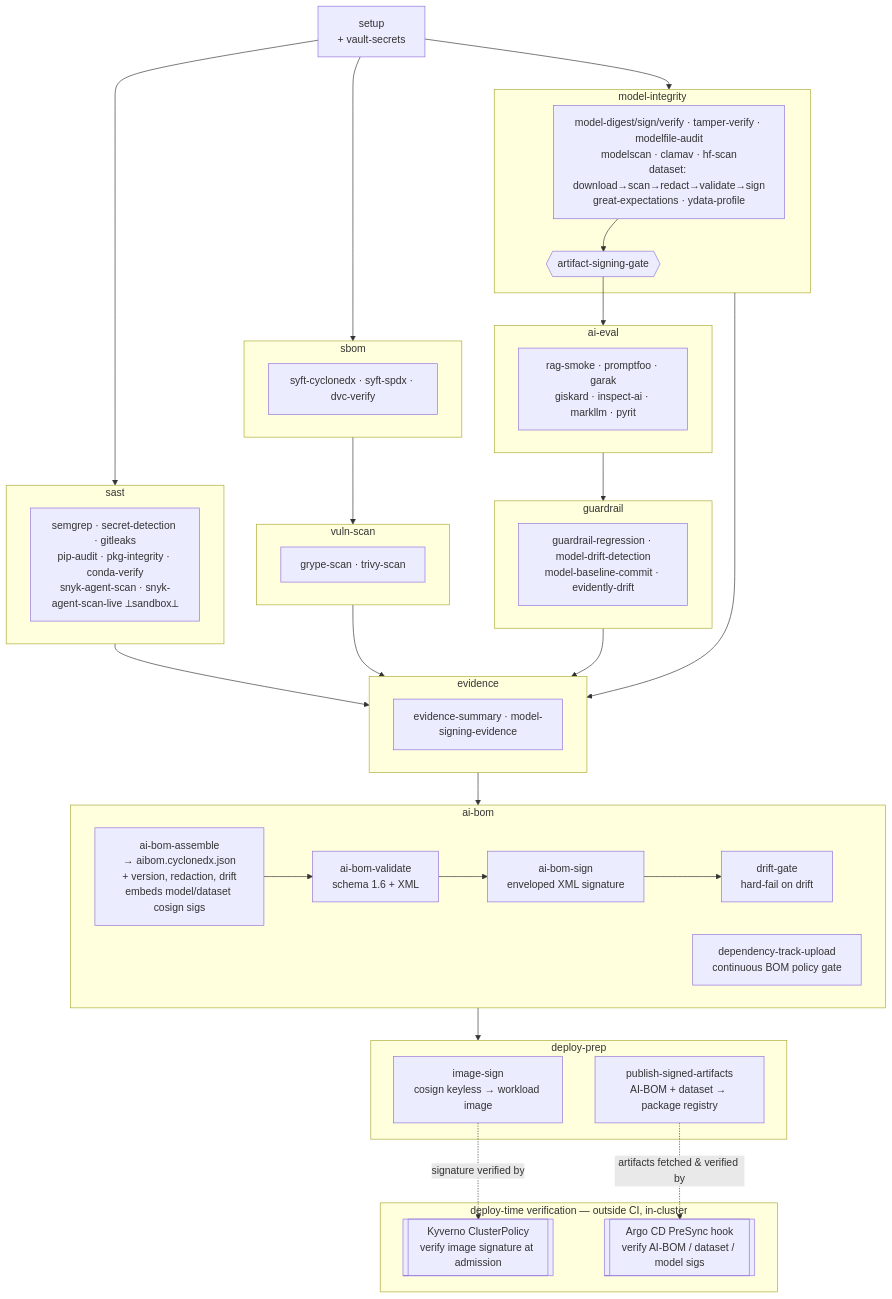
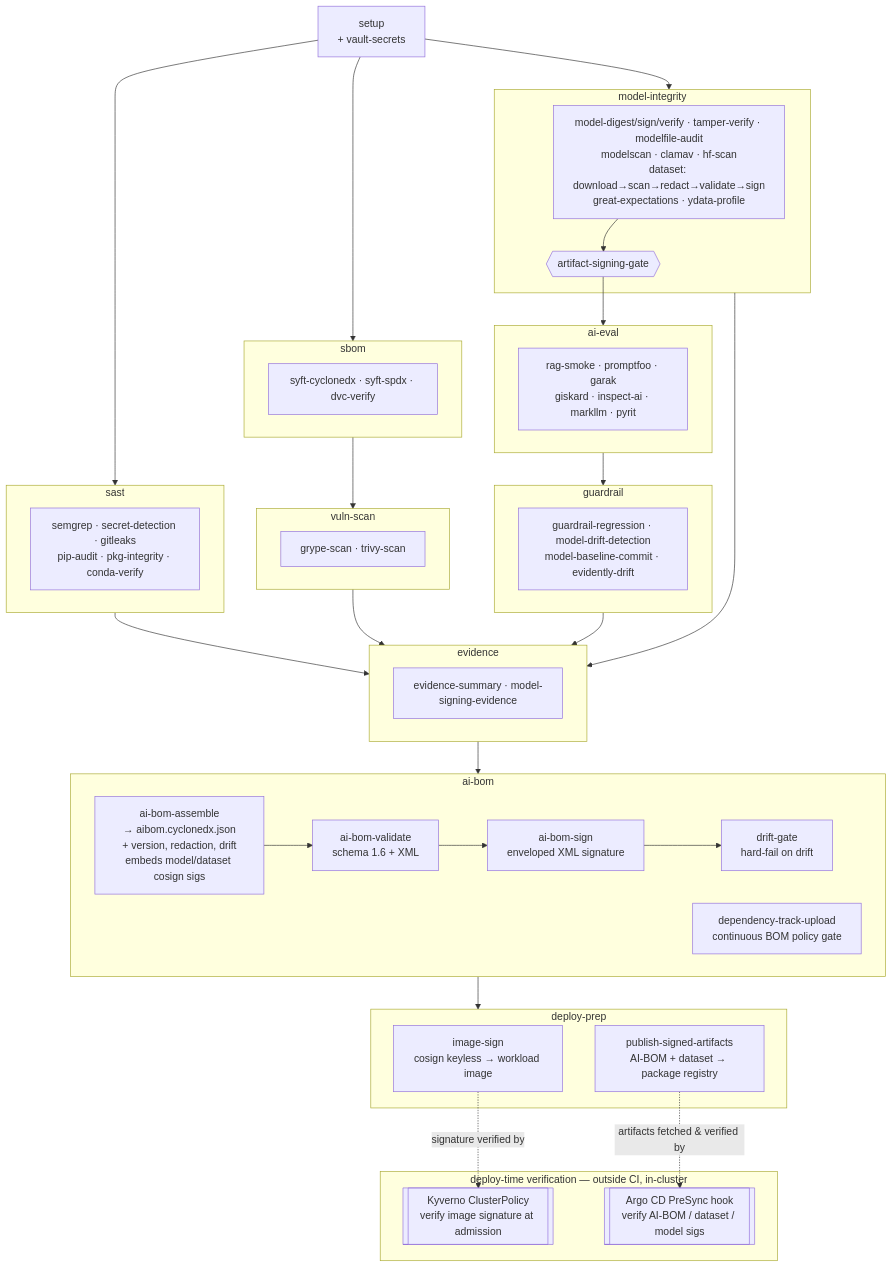
Before and after one commit to Nate-Carroll-Cyber/mlsecdevops-pipeline-example: the diagram in docs/gaips-materials/README.md, drawn with Mermaid. The commit also changed other lines of this file and 9 other files, not shown here.

````diff
--- a/docs/gaips-materials/README.md
+++ b/docs/gaips-materials/README.md
@@ -81,49 +81,49 @@
 ```mermaid
 flowchart TD
     setup[setup<br/>+ vault-secrets]
 
     subgraph SAST [sast]
-      sast_jobs[semgrep · secret-detection · gitleaks<br/>pip-audit · pkg-integrity · conda-verify<br/>snyk-agent-scan · snyk-agent-scan-live ⟂sandbox⟂]
+      sast_jobs[semgrep · secret-detection · gitleaks<br/>pip-audit · pkg-integrity · conda-verify]
     end
     subgraph SBOM [sbom]
       sbom_jobs[syft-cyclonedx · syft-spdx · dvc-verify]
     end
     subgraph VULN [vuln-scan]
       vuln_jobs[grype-scan · trivy-scan]
     end
     subgraph MI [model-integrity]
       mi_jobs[model-digest/sign/verify · tamper-verify · modelfile-audit<br/>modelscan · clamav · hf-scan<br/>dataset: download→scan→redact→validate→sign<br/>great-expectations · ydata-profile]
       gate{{artifact-signing-gate}}
       mi_jobs --> gate
     end
     subgraph EVAL [ai-eval]
       eval_jobs[rag-smoke · promptfoo · garak<br/>giskard · inspect-ai · markllm · pyrit]
     end
     subgraph GUARD [guardrail]
       guard_jobs[guardrail-regression · model-drift-detection<br/>model-baseline-commit · evidently-drift]
     end
     subgraph EVID [evidence]
       evid_jobs[evidence-summary · model-signing-evidence]
     end
     subgraph AIBOM [ai-bom]
       assemble[ai-bom-assemble<br/>→ aibom.cyclonedx.json<br/>+ version, redaction, drift<br/>embeds model/dataset cosign sigs] --> validate[ai-bom-validate<br/>schema 1.6 + XML] --> aibom_sign[ai-bom-sign<br/>enveloped XML signature] --> drift_gate[drift-gate<br/>hard-fail on drift]
       dtrack[dependency-track-upload<br/>continuous BOM policy gate]
     end
     subgraph DEPLOY [deploy-prep]
       imgsign[image-sign<br/>cosign keyless → workload image]
       publish[publish-signed-artifacts<br/>AI-BOM + dataset → package registry]
     end
     subgraph VERIFY [deploy-time verification — outside CI, in-cluster]
       kyverno[[Kyverno ClusterPolicy<br/>verify image signature at admission]]
       presync[[Argo CD PreSync hook<br/>verify AI-BOM / dataset / model sigs]]
     end
 
     setup --> SAST & SBOM & MI
     SBOM --> VULN
     gate --> EVAL --> GUARD
     SAST & VULN & GUARD & MI --> EVID
     EVID --> AIBOM
     AIBOM --> DEPLOY
     imgsign -. "signature verified by" .-> kyverno
     publish -. "artifacts fetched & verified by" .-> presync
 ```
````
